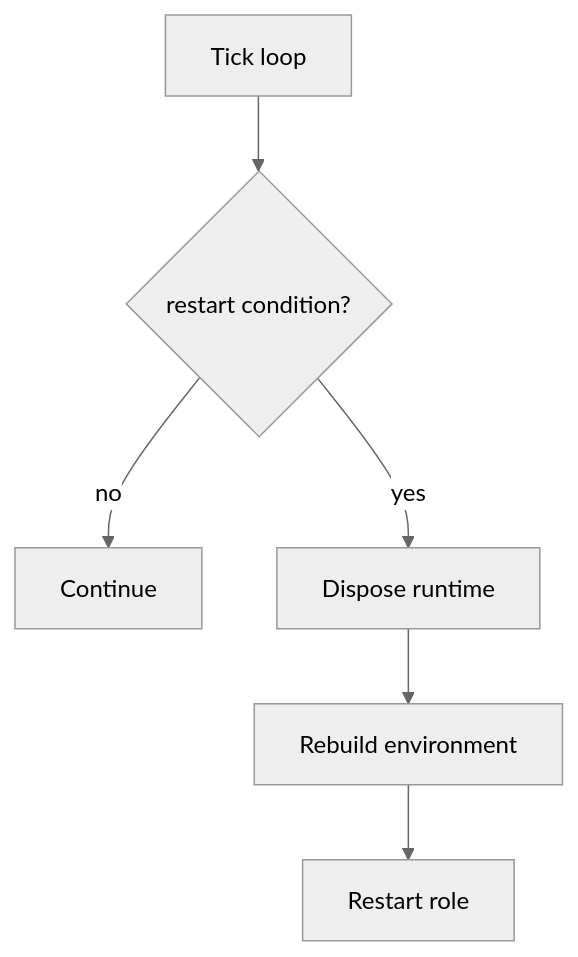
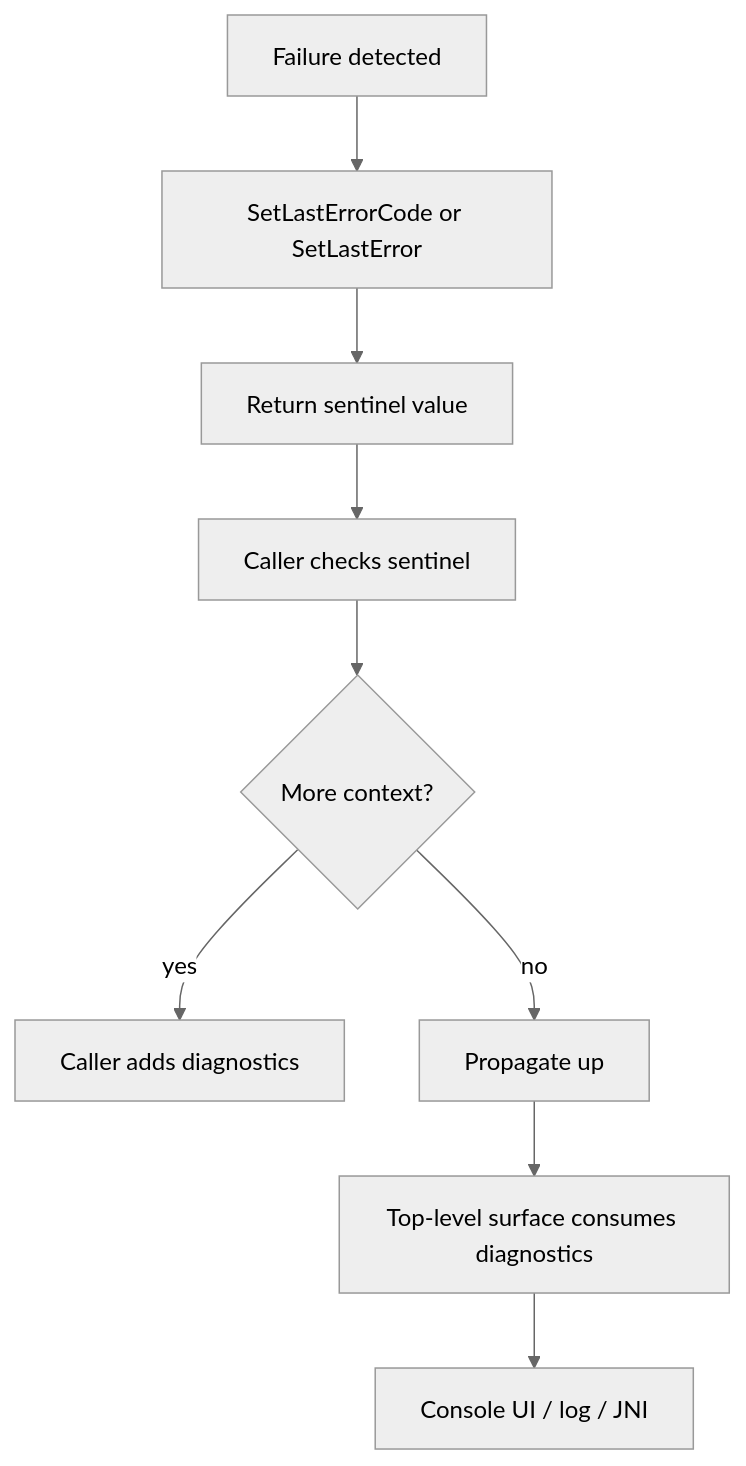
Before and after one commit to HyacinthHaru/openppp2: the third of 8 diagrams in docs/OPERATIONS.md, drawn with Mermaid (neutral theme). The commit also changed other lines of this file and 93 other files, not shown here.

Commit message:
Add more error code paths and document content overrides.

````diff
--- a/docs/OPERATIONS.md
+++ b/docs/OPERATIONS.md
@@ -92,8 +95,11 @@
 ```mermaid
 flowchart TD
-    A[Tick loop] --> B{restart condition?}
-    B -->|no| C[Continue]
-    B -->|yes| D[Dispose runtime]
-    D --> E[Rebuild environment]
-    E --> F[Restart role]
+    A[Failure detected] --> B[SetLastErrorCode or SetLastError]
+    B --> C[Return sentinel value]
+    C --> D[Caller checks sentinel]
+    D --> E{More context?}
+    E -->|yes| F[Caller adds diagnostics]
+    E -->|no| G[Propagate up]
+    G --> H[Top-level surface consumes diagnostics]
+    H --> I[Console UI / log / JNI]
 ```
````
